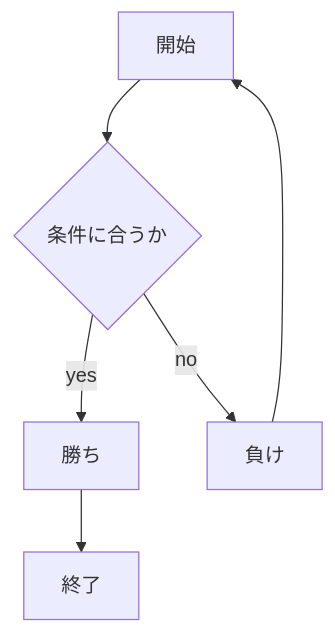
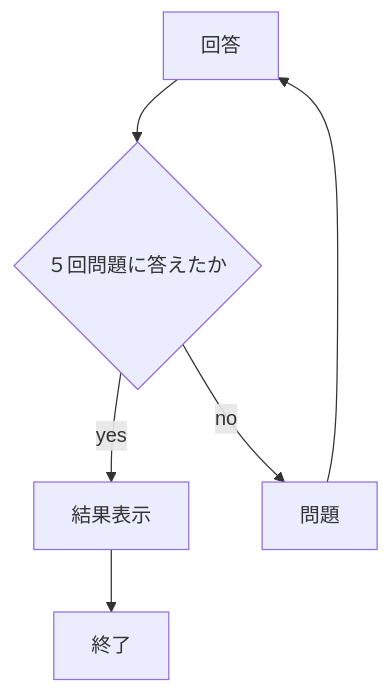
One commit to 24g1098/webpro_06 changed the first of 2 diagrams in README.md. Above: the diagram before and after it, drawn with Mermaid. The commit also changed other lines of this file and 5 other files, not shown here.

````diff
--- a/README.md
+++ b/README.md
@@ -10,15 +32,15 @@
 ```mermaid
 flowchart TD;
 
-start["開始"];
+start["回答"];
 end1["終了"]
-if{"条件に合うか"}
-win["勝ち"]
-loose["負け"]
+if{"５回問題に答えたか"}
+win["結果表示"]
+loose["問題"]
 
 start --> if
 if -->|yes| win
 win --> end1
 if -->|no| loose
 loose --> start
 ```
````
